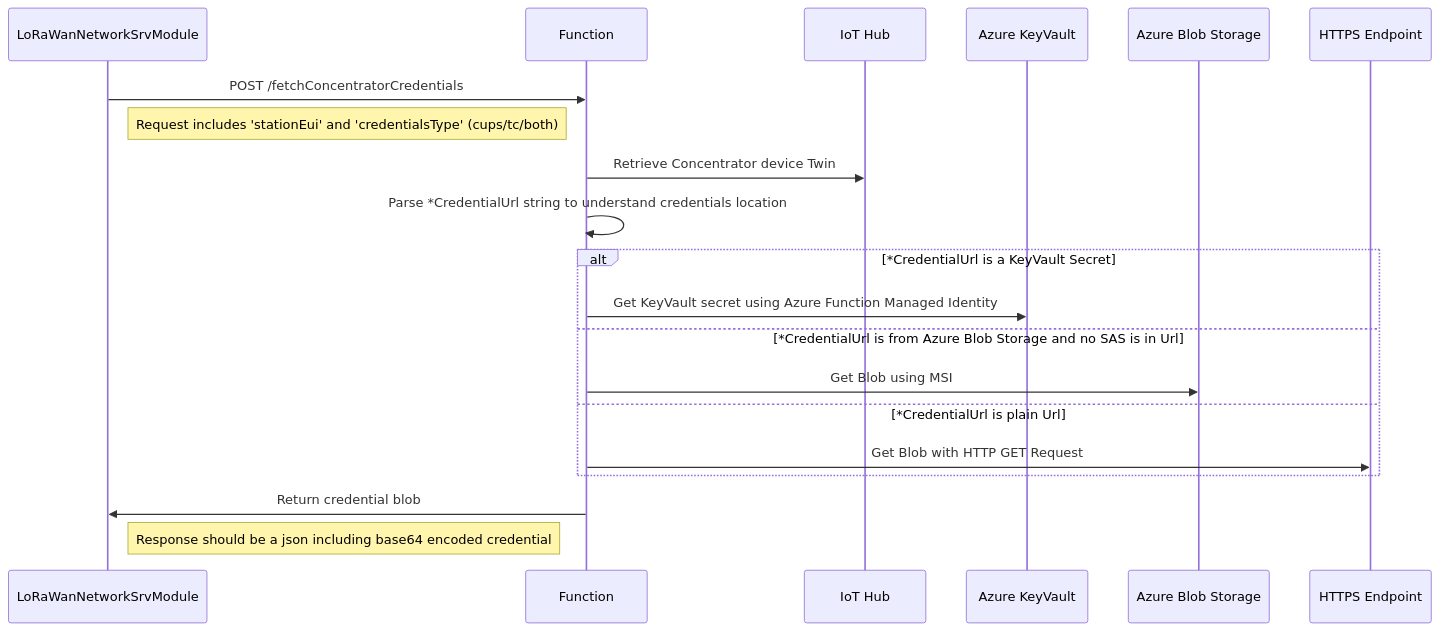
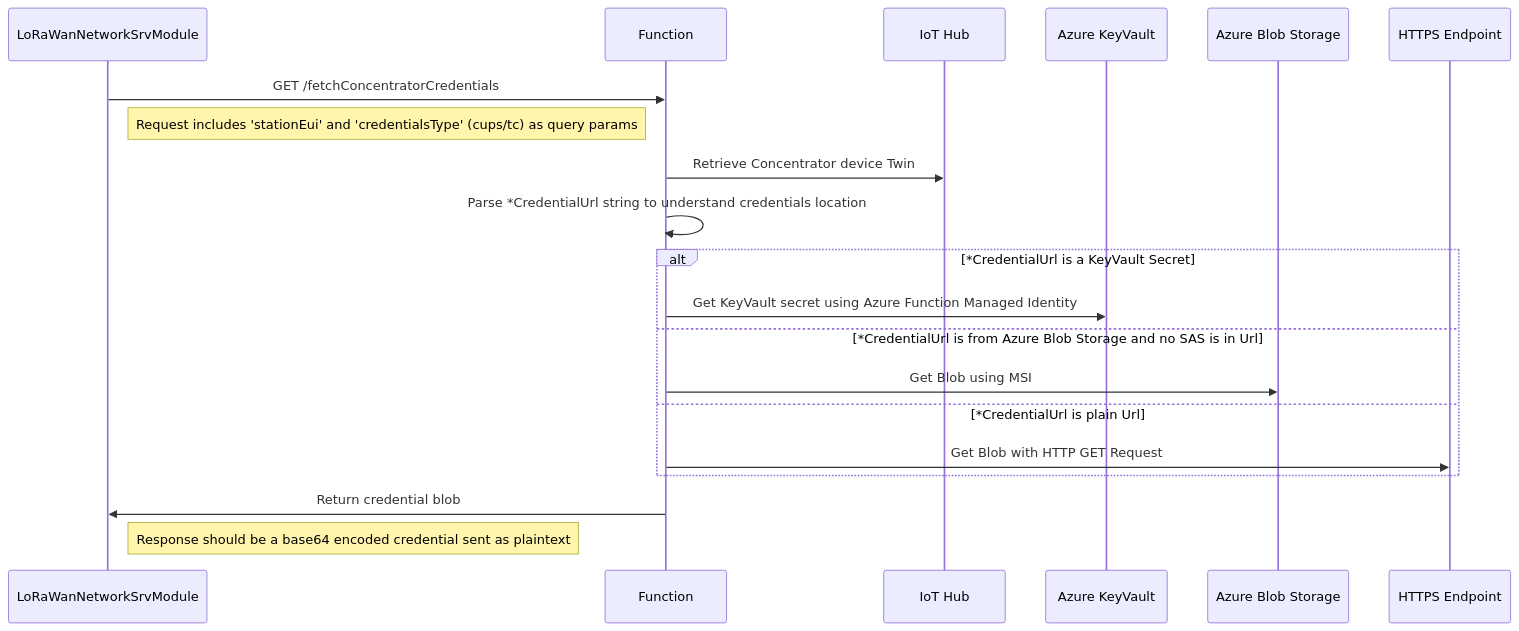
The second of 2 diagrams in docs/adr/006_cups.md (Azure/iotedge-lorawan-starterkit), drawn with Mermaid before and after one commit. The commit also changed other lines of this file, not shown here.

Commit message:
Updating CUPS ADR

````diff
--- a/docs/adr/006_cups.md
+++ b/docs/adr/006_cups.md
@@ -210,17 +210,17 @@
 ```mermaid
 sequenceDiagram
-LoRaWanNetworkSrvModule->>Function: POST /fetchConcentratorCredentials
-Note right of LoRaWanNetworkSrvModule: Request includes 'stationEui' and 'credentialsType' (cups/tc/both)
+LoRaWanNetworkSrvModule->>Function: GET /fetchConcentratorCredentials
+Note right of LoRaWanNetworkSrvModule: Request includes 'stationEui' and 'credentialsType' (cups/tc) as query params
 Function->>IoT Hub: Retrieve Concentrator device Twin
 Function->>Function: Parse *CredentialUrl string to understand credentials location
 alt *CredentialUrl is a KeyVault Secret
     Function->>Azure KeyVault: Get KeyVault secret using Azure Function Managed Identity
 else *CredentialUrl is from Azure Blob Storage and no SAS is in Url
     Function->>Azure Blob Storage: Get Blob using MSI
 else *CredentialUrl is plain Url
     Function->>HTTPS Endpoint: Get Blob with HTTP GET Request
 end
 Function->>LoRaWanNetworkSrvModule: Return credential blob
-Note right of LoRaWanNetworkSrvModule: Response should be a json including base64 encoded credential
+Note right of LoRaWanNetworkSrvModule: Response should be a base64 encoded credential sent as plaintext
 
 ```
````
